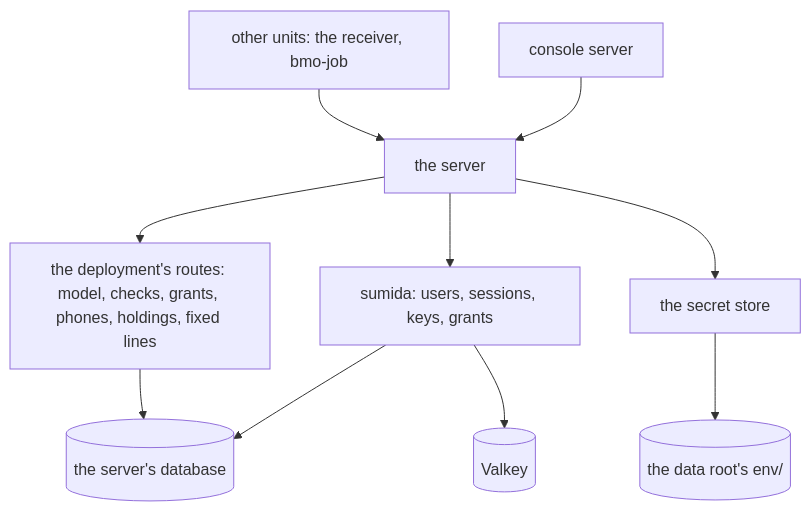
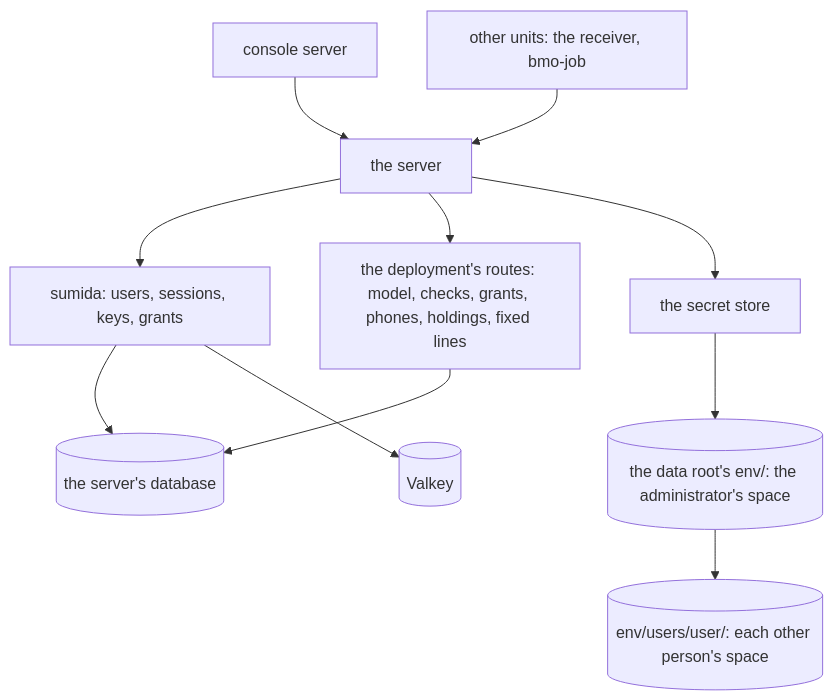
One commit to ahas/bmo-platform changed the diagram in docs/accounts.md. Above: the diagram before and after it, drawn with Mermaid. The commit also changed other lines of this file and 42 other files, not shown here.

First line of the commit message:
Give each person a secret space of their own and move the secret store into personal settings (#2859)

````diff
--- a/docs/accounts.md
+++ b/docs/accounts.md
@@ -20,12 +20,13 @@
 ```mermaid
 flowchart TD
   Console[console server] --> Server[the server]
   Units[other units: the receiver, bmo-job] --> Server
   Server --> Sumida[sumida: users, sessions, keys, grants]
   Server --> Own[the deployment's routes: model, checks, grants, phones, holdings, fixed lines]
   Server --> Store[the secret store]
   Sumida --> PG[(the server's database)]
   Own --> PG
-  Store --> Env[(the data root's env/)]
+  Store --> Env[(the data root's env/: the administrator's space)]
+  Env --> Spaces[(env/users/user/: each other person's space)]
   Sumida --> Valkey[(Valkey)]
 ```
````
